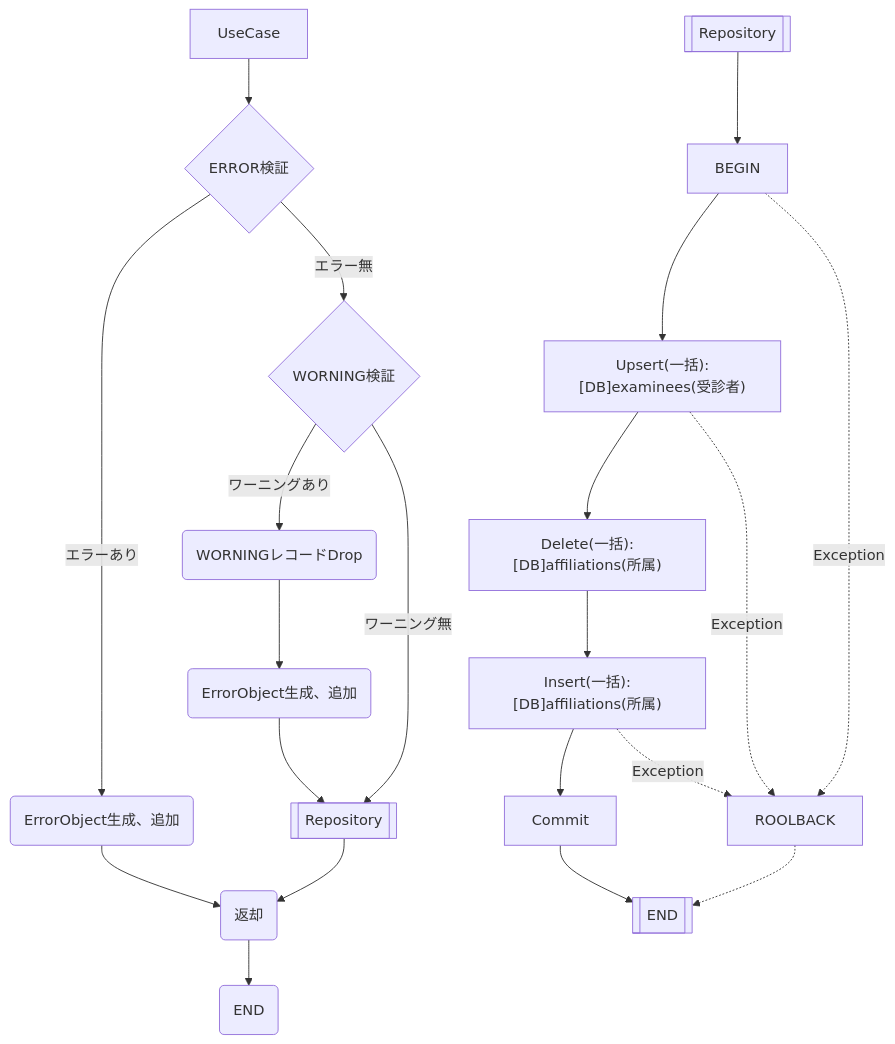
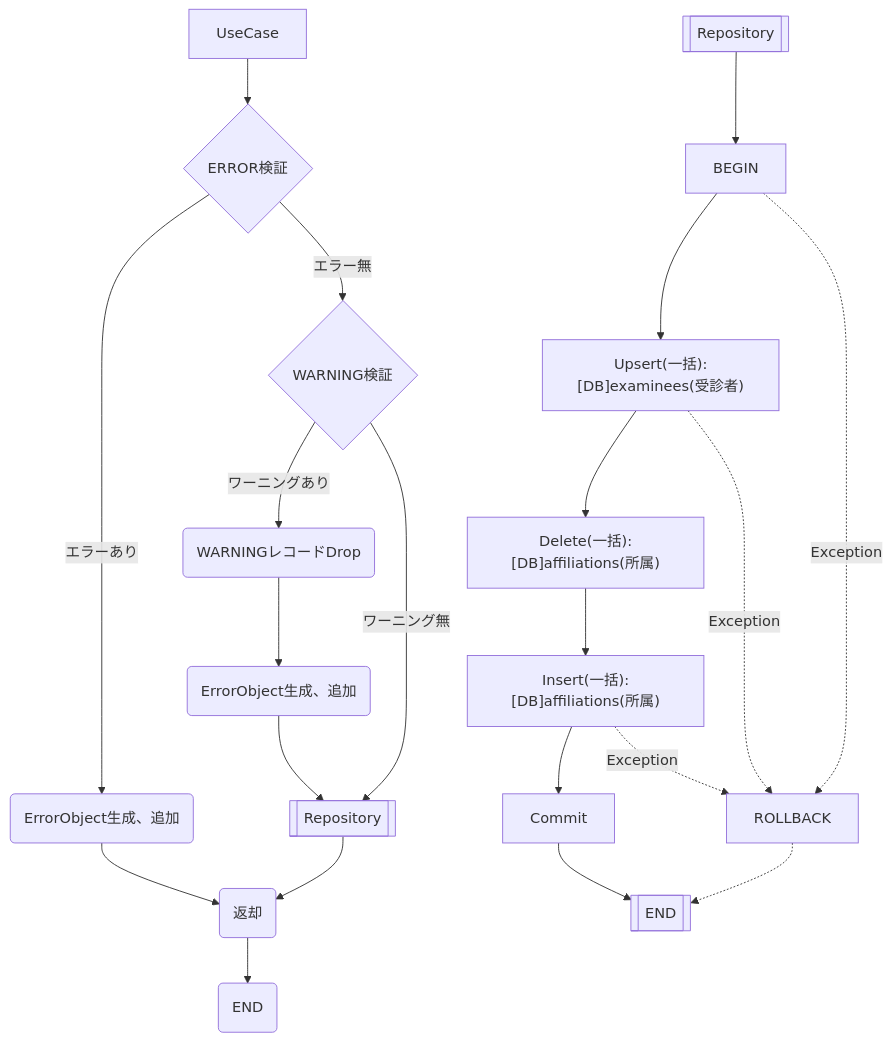
One commit to MrWangpeilin945/FlutterIOS changed the diagram in Documents/外部IF設計書/src/docs/インターフェース/EC2001_受診者を登録する.adoc. Above: the diagram before and after it, drawn with Mermaid. The commit also changed other lines of this file and 4 other files, not shown here.

```diff
--- a/Documents/外部IF設計書/src/docs/インターフェース/EC2001_受診者を登録する.adoc
+++ b/Documents/外部IF設計書/src/docs/インターフェース/EC2001_受診者を登録する.adoc
@@ -10,25 +10,25 @@
 [mermaid]
 ----
 flowchart TD
     A[UseCase] --> ERROR{ERROR検証}
     ERROR -- エラーあり --> C(ErrorObject生成、追加)
-    ERROR -- エラー無 --> WORNING{WORNING検証}    
-    WORNING -- ワーニングあり --> DROP(WORNINGレコードDrop)
-    DROP(WORNINGレコードDrop) --> DROP_REC(ErrorObject生成、追加)
+    ERROR -- エラー無 --> WARNING{WARNING検証}    
+    WARNING -- ワーニングあり --> DROP(WARNINGレコードDrop)
+    DROP(WARNINGレコードDrop) --> DROP_REC(ErrorObject生成、追加)
     DROP_REC --> D[[Repository]]
-    WORNING -- ワーニング無 --> D
+    WARNING -- ワーニング無 --> D
     C --> E(返却)
     D --> E
     E --> UseCaseEND(END)
 
     F[[Repository]] --> G[BEGIN]
     G --> H["Upsert(一括):[DB]examinees(受診者)"]
     H --> I["Delete(一括):[DB]affiliations(所属)"]
     I --> J["Insert(一括):[DB]affiliations(所属)"]
     J --> K[Commit]
-    H -.Exception.-> ROOLBACK[ROOLBACK]
-    G -.Exception.-> ROOLBACK
-    J -.Exception.-> ROOLBACK
+    H -.Exception.-> ROLLBACK[ROLLBACK]
+    G -.Exception.-> ROLLBACK
+    J -.Exception.-> ROLLBACK
     K --> RepositoryEND[[END]]
-    ROOLBACK .-> RepositoryEND
+    ROLLBACK .-> RepositoryEND
 ----
```
